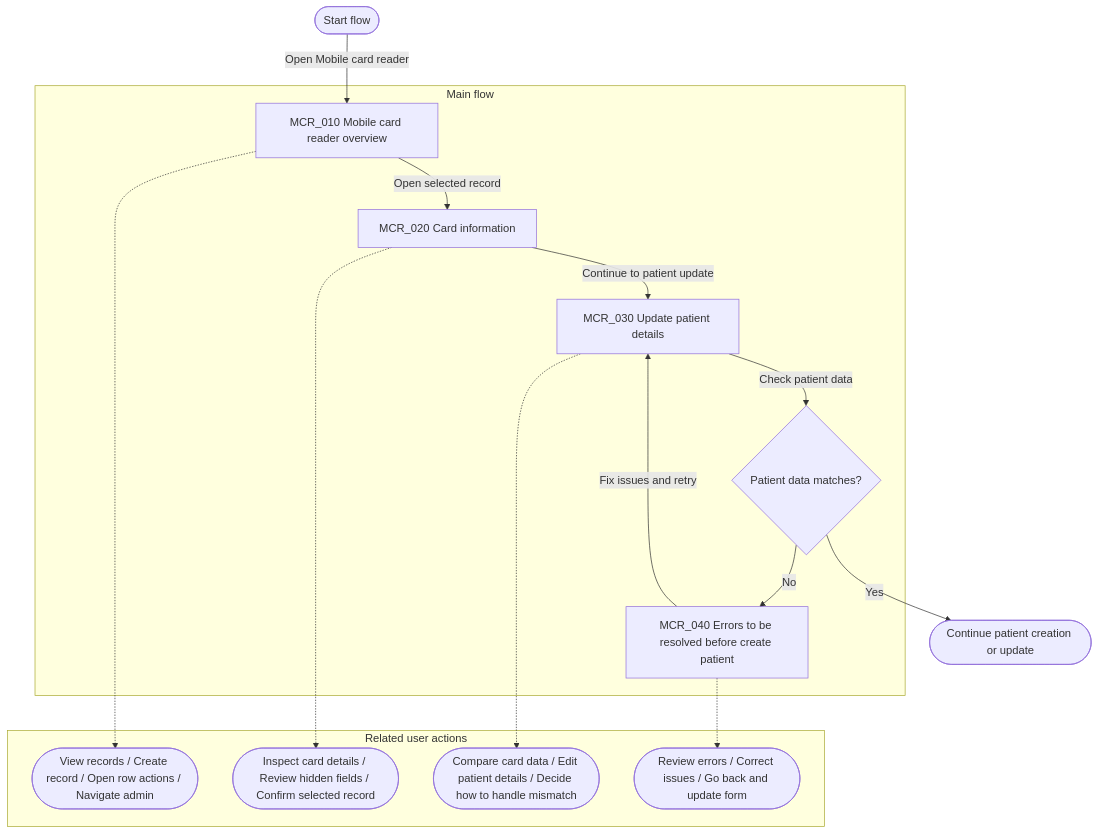
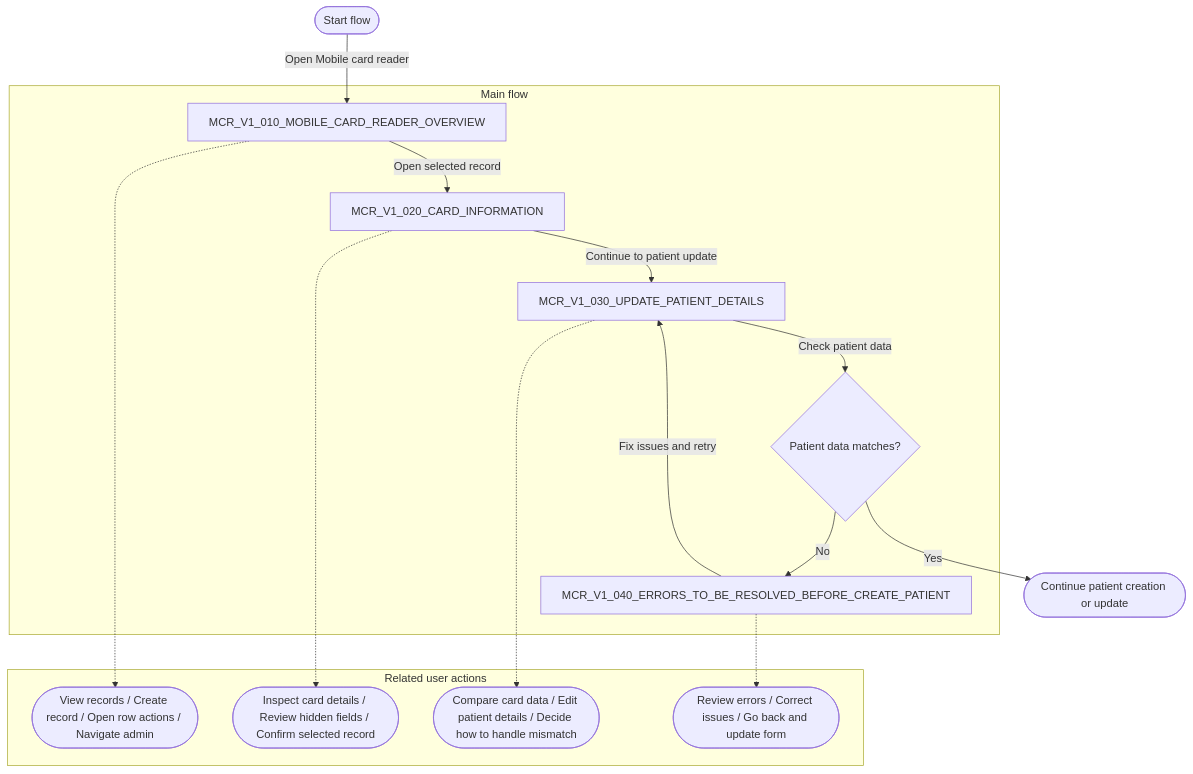
One commit to ngan-ptn/core-pvs-proto changed the second of 2 diagrams in docs/artifacts/FLOW260316-mobile-card-reader.md. Above: the diagram before and after it, drawn with Mermaid. The commit also changed other lines of this file and 39 other files, not shown here.

````diff
--- a/docs/artifacts/FLOW260316-mobile-card-reader.md
+++ b/docs/artifacts/FLOW260316-mobile-card-reader.md
@@ -143,39 +141,35 @@
 ```mermaid
 flowchart TD
     START([Start flow])
     END([Continue patient creation or update])
 
     subgraph MAIN["Main flow"]
-        MCR_010["MCR_010 Mobile card reader overview"]
-        MCR_020["MCR_020 Card information"]
-        MCR_030["MCR_030 Update patient details"]
+        MCR_010["MCR_V1_010_MOBILE_CARD_READER_OVERVIEW"]
+        MCR_020["MCR_V1_020_CARD_INFORMATION"]
+        MCR_030["MCR_V1_030_UPDATE_PATIENT_DETAILS"]
         MCR_DECISION{"Patient data matches?"}
-        MCR_040["MCR_040 Errors to be resolved before create patient"]
+        MCR_040["MCR_V1_040_ERRORS_TO_BE_RESOLVED_BEFORE_CREATE_PATIENT"]
     end
 
     subgraph ACTIONS["Related user actions"]
         ACT_010(["View records / Create record / Open row actions / Navigate admin"])
         ACT_020(["Inspect card details / Review hidden fields / Confirm selected record"])
         ACT_030(["Compare card data / Edit patient details / Decide how to handle mismatch"])
         ACT_040(["Review errors / Correct issues / Go back and update form"])
     end
 
     START -->|"Open Mobile card reader"| MCR_010
     MCR_010 -->|"Open selected record"| MCR_020
     MCR_020 -->|"Continue to patient update"| MCR_030
     MCR_030 -->|"Check patient data"| MCR_DECISION
     MCR_DECISION -->|"Yes"| END
     MCR_DECISION -->|"No"| MCR_040
     MCR_040 -->|"Fix issues and retry"| MCR_030
 
     MCR_010 -.-> ACT_010
     MCR_020 -.-> ACT_020
     MCR_030 -.-> ACT_030
     MCR_040 -.-> ACT_040
 
-    click MCR_010 "/Users/nganpham/core-pvs-proto/docs/screenshots/FLOW260316-mobile-card-reader/v1-mcr_010-mobile-card-reader-overview.png" "Open screenshot"
-    click MCR_020 "/Users/nganpham/core-pvs-proto/docs/screenshots/FLOW260316-mobile-card-reader/v1-mcr_020-card-information.png" "Open screenshot"
-    click MCR_030 "/Users/nganpham/core-pvs-proto/docs/screenshots/FLOW260316-mobile-card-reader/v1-mcr_030-update-patient-details.png" "Open screenshot"
-    click MCR_DECISION "/Users/nganpham/core-pvs-proto/docs/screenshots/FLOW260316-mobile-card-reader/v1-mcr_decision-patient-data-matches.png" "Open screenshot"
-    click MCR_040 "/Users/nganpham/core-pvs-proto/docs/screenshots/FLOW260316-mobile-card-reader/v1-mcr_040-errors-before-create-patient.png" "Open screenshot"
+
 ```
````
